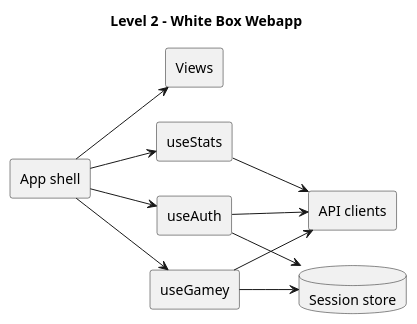
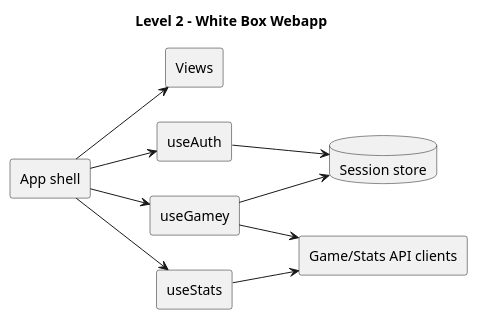
One commit to Arquisoft/yovi_es4b changed the second of 5 diagrams in docs/src/05_building_block_view.adoc. Above: the diagram before and after it, drawn with PlantUML. The commit also changed other lines of this file, not shown here.

```diff
--- a/docs/src/05_building_block_view.adoc
+++ b/docs/src/05_building_block_view.adoc
@@ -133,26 +133,25 @@
 [plantuml,"05_level2_webapp",png]
 ----
 @startuml
 title Level 2 - White Box Webapp
 left to right direction
 skinparam componentStyle rectangle
 
 component "App shell" as App
 component "Views" as Views
 component "useAuth" as UseAuth
 component "useGamey" as UseGamey
 component "useStats" as UseStats
-component "API clients" as Api
+component "Game/Stats API clients" as Api
 database "Session store" as Store
 
 App --> Views
 App --> UseAuth
 App --> UseGamey
 App --> UseStats
-UseAuth --> Api
 UseGamey --> Api
 UseStats --> Api
 UseAuth --> Store
 UseGamey --> Store
 @enduml
 ----
```
